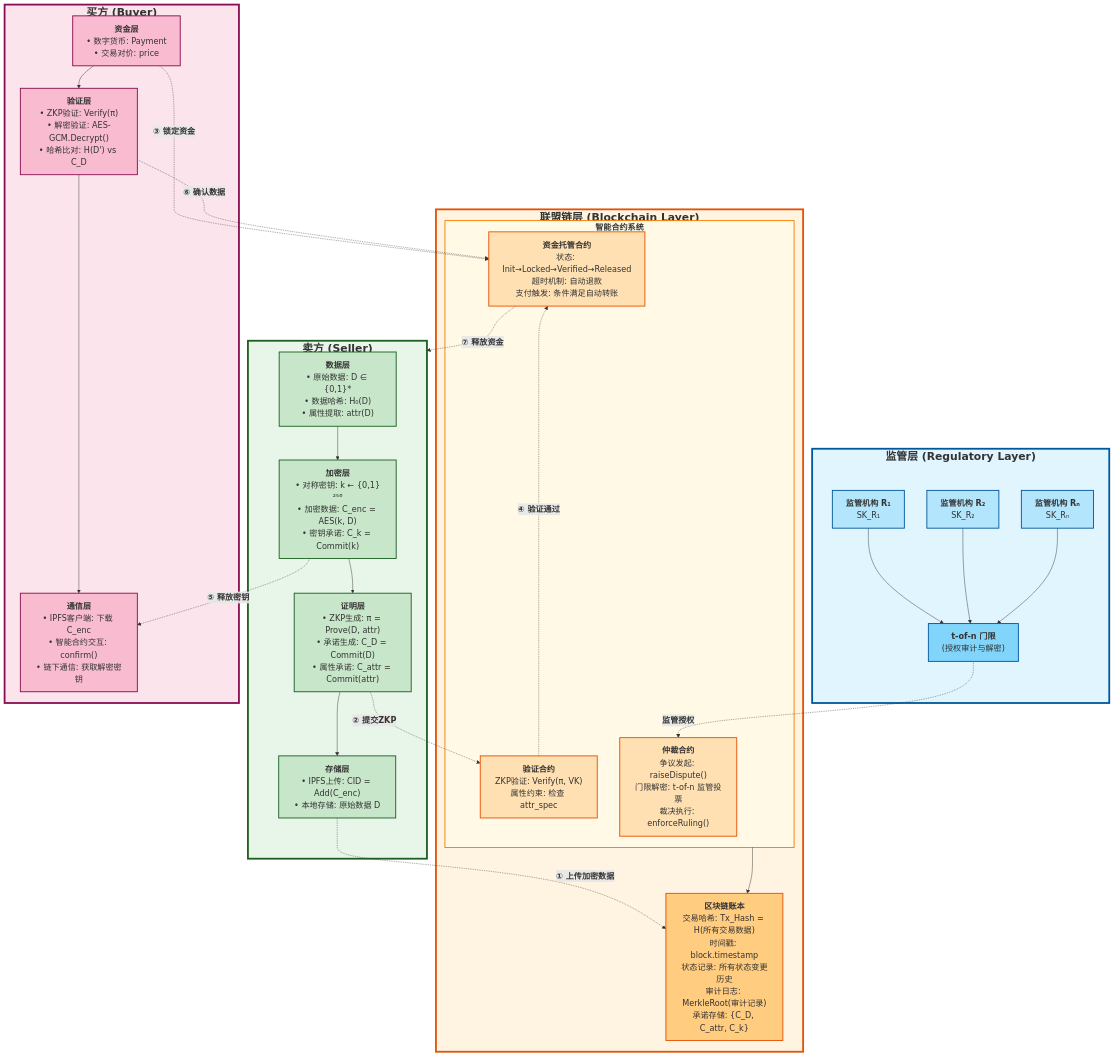
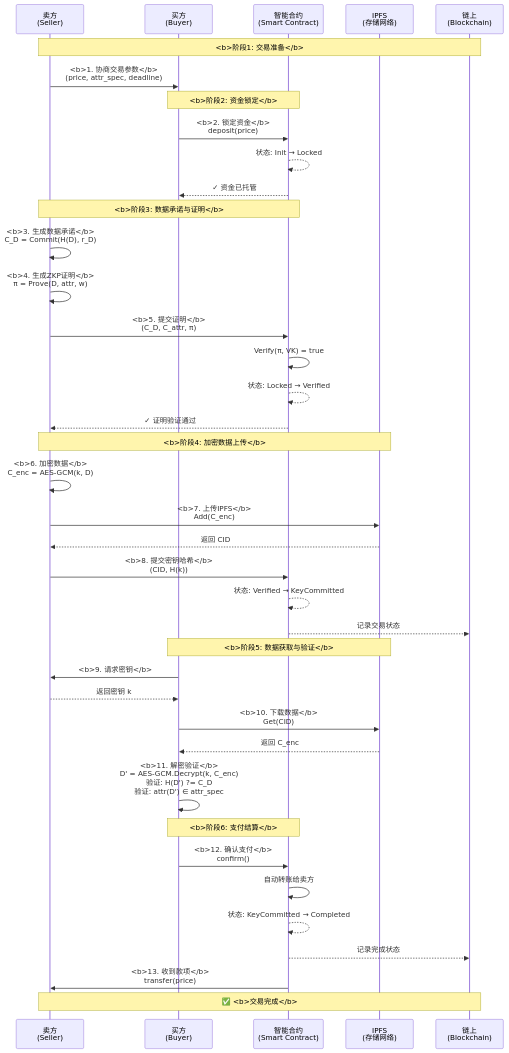
Before and after one commit to ystAlex/iodraw-files: the diagram in all/未命名-4.md, drawn with Mermaid.

Commit message:
2025-12-10 03:54:29 update

````diff
--- a/all/未命名-4.md
+++ b/all/未命名-4.md
@@ -1,79 +1,54 @@
 ```mermaid
-graph TB
-    subgraph Regulatory["<font size=5><b>监管层 (Regulatory Layer)</b></font>"]
-        R1["<font size=4><b>监管机构 R₁</b><br/>SK_R₁</font>"]
-        R2["<font size=4><b>监管机构 R₂</b><br/>SK_R₂</font>"]
-        Rn["<font size=4><b>监管机构 Rₙ</b><br/>SK_Rₙ</font>"]
-        Threshold["<font size=4><b>t-of-n 门限</b><br/>(授权审计与解密)</font>"]
-        R1 --> Threshold
-        R2 --> Threshold
-        Rn --> Threshold
-    end
+sequenceDiagram
+    participant Seller as 卖方<br/>(Seller)
+    participant Buyer as 买方<br/>(Buyer)
+    participant Contract as 智能合约<br/>(Smart Contract)
+    participant IPFS as IPFS<br/>(存储网络)
+    participant Chain as 链上<br/>(Blockchain)
 
-    subgraph Blockchain["<font size=5><b>联盟链层 (Blockchain Layer)</b></font>"]
-        subgraph Contracts["<font size=4><b>智能合约系统</b></font>"]
-            Escrow["<font size=4><b>资金托管合约</b><br/>状态: Init→Locked→Verified→Released<br/>超时机制: 自动退款<br/>支付触发: 条件满足自动转账</font>"]
-            Verification["<font size=4><b>验证合约</b><br/>ZKP验证: Verify(π, VK)<br/>属性约束: 检查 attr_spec</font>"]
-            Arbitration["<font size=4><b>仲裁合约</b><br/>争议发起: raiseDispute()<br/>门限解密: t-of-n 监管投票<br/>裁决执行: enforceRuling()</font>"]
-        end
-        
-        Ledger["<font size=4><b>区块链账本</b><br/>交易哈希: Tx_Hash = H(所有交易数据)<br/>时间戳: block.timestamp<br/>状态记录: 所有状态变更历史<br/>审计日志: MerkleRoot(审计记录)<br/>承诺存储: {C_D, C_attr, C_k}</font>"]
-        
-        Contracts --> Ledger
-    end
-
-    subgraph Seller["<font size=5><b>卖方 (Seller)</b></font>"]
-        S_Data["<font size=4><b>数据层</b><br/>• 原始数据: D ∈ {0,1}*<br/>• 数据哈希: H₀(D)<br/>• 属性提取: attr(D)</font>"]
-        S_Encrypt["<font size=4><b>加密层</b><br/>• 对称密钥: k ← {0,1}²⁵⁶<br/>• 加密数据: C_enc = AES(k, D)<br/>• 密钥承诺: C_k = Commit(k)</font>"]
-        S_Proof["<font size=4><b>证明层</b><br/>• ZKP生成: π = Prove(D, attr)<br/>• 承诺生成: C_D = Commit(D)<br/>• 属性承诺: C_attr = Commit(attr)</font>"]
-        S_Storage["<font size=4><b>存储层</b><br/>• IPFS上传: CID = Add(C_enc)<br/>• 本地存储: 原始数据 D</font>"]
-        
-        S_Data --> S_Encrypt
-        S_Encrypt --> S_Proof
-        S_Proof --> S_Storage
-    end
-
-    subgraph Buyer["<font size=5><b>买方 (Buyer)</b></font>"]
-        B_Payment["<font size=4><b>资金层</b><br/>• 数字货币: Payment<br/>• 交易对价: price</font>"]
-        B_Verify["<font size=4><b>验证层</b><br/>• ZKP验证: Verify(π)<br/>• 解密验证: AES-GCM.Decrypt()<br/>• 哈希比对: H(D') vs C_D</font>"]
-        B_Comm["<font size=4><b>通信层</b><br/>• IPFS客户端: 下载 C_enc<br/>• 智能合约交互: confirm()<br/>• 链下通信: 获取解密密钥</font>"]
-        
-        B_Payment --> B_Verify
-        B_Verify --> B_Comm
-    end
-
-    Threshold -.->|"<font size=4><b>监管授权</b></font>"| Arbitration
-    S_Storage -.->|"<font size=4><b>① 上传加密数据</b></font>"| Ledger
-    S_Proof -.->|"<font size=4><b>② 提交ZKP</b></font>"| Verification
-    B_Payment -.->|"<font size=4><b>③ 锁定资金</b></font>"| Escrow
-    Verification -.->|"<font size=4><b>④ 验证通过</b></font>"| Escrow
-    S_Encrypt -.->|"<font size=4><b>⑤ 释放密钥</b></font>"| B_Comm
-    B_Verify -.->|"<font size=4><b>⑥ 确认数据</b></font>"| Escrow
-    Escrow -.->|"<font size=4><b>⑦ 释放资金</b></font>"| Seller
-
-    style Regulatory fill:#e1f5ff,stroke:#01579b,stroke-width:4px,padding:5px
-    style Blockchain fill:#fff4e1,stroke:#e65100,stroke-width:4px,padding:5px
-    style Seller fill:#e8f5e9,stroke:#1b5e20,stroke-width:4px,padding:5px
-    style Buyer fill:#fce4ec,stroke:#880e4f,stroke-width:4px,padding:5px
-    style Contracts fill:#fff9e6,stroke:#f57c00,stroke-width:2px,padding:3px
+    Note over Seller,Chain: <b>阶段1: 交易准备</b>
+    Seller->>Buyer: <b>1. 协商交易参数</b><br/>(price, attr_spec, deadline)
     
-    style R1 fill:#b3e5fc,stroke:#01579b,stroke-width:2px,padding:8px
-    style R2 fill:#b3e5fc,stroke:#01579b,stroke-width:2px,padding:8px
-    style Rn fill:#b3e5fc,stroke:#01579b,stroke-width:2px,padding:8px
-    style Threshold fill:#81d4fa,stroke:#01579b,stroke-width:2px,padding:8px
+    Note over Buyer,Contract: <b>阶段2: 资金锁定</b>
+    Buyer->>Contract: <b>2. 锁定资金</b><br/>deposit(price)
+    Contract-->>Contract: 状态: Init → Locked
+    Contract-->>Buyer: ✓ 资金已托管
     
-    style Escrow fill:#ffe0b2,stroke:#e65100,stroke-width:2px,padding:8px
-    style Verification fill:#ffe0b2,stroke:#e65100,stroke-width:2px,padding:8px
-    style Arbitration fill:#ffe0b2,stroke:#e65100,stroke-width:2px,padding:8px
-    style Ledger fill:#ffcc80,stroke:#e65100,stroke-width:2px,padding:8px
+    Note over Seller,Contract: <b>阶段3: 数据承诺与证明</b>
+    Seller->>Seller: <b>3. 生成数据承诺</b><br/>C_D = Commit(H(D), r_D)
+    Seller->>Seller: <b>4. 生成ZKP证明</b><br/>π = Prove(D, attr, w)
     
-    style S_Data fill:#c8e6c9,stroke:#1b5e20,stroke-width:2px,padding:8px
-    style S_Encrypt fill:#c8e6c9,stroke:#1b5e20,stroke-width:2px,padding:8px
-    style S_Proof fill:#c8e6c9,stroke:#1b5e20,stroke-width:2px,padding:8px
-    style S_Storage fill:#c8e6c9,stroke:#1b5e20,stroke-width:2px,padding:8px
+    Seller->>Contract: <b>5. 提交证明</b><br/>(C_D, C_attr, π)
+    Contract->>Contract: Verify(π, VK) = true
+    Contract-->>Contract: 状态: Locked → Verified
+    Contract-->>Seller: ✓ 证明验证通过
     
-    style B_Payment fill:#f8bbd0,stroke:#880e4f,stroke-width:2px,padding:8px
-    style B_Verify fill:#f8bbd0,stroke:#880e4f,stroke-width:2px,padding:8px
-    style B_Comm fill:#f8bbd0,stroke:#880e4f,stroke-width:2px,padding:8px
+    Note over Seller,IPFS: <b>阶段4: 加密数据上传</b>
+    Seller->>Seller: <b>6. 加密数据</b><br/>C_enc = AES-GCM(k, D)
+    Seller->>IPFS: <b>7. 上传IPFS</b><br/>Add(C_enc)
+    IPFS-->>Seller: 返回 CID
+    
+    Seller->>Contract: <b>8. 提交密钥哈希</b><br/>(CID, H(k))
+    Contract-->>Contract: 状态: Verified → KeyCommitted
+    Contract-->>Chain: 记录交易状态
+    
+    Note over Buyer,IPFS: <b>阶段5: 数据获取与验证</b>
+    Buyer->>Seller: <b>9. 请求密钥</b>
+    Seller-->>Buyer: 返回密钥 k
+    
+    Buyer->>IPFS: <b>10. 下载数据</b><br/>Get(CID)
+    IPFS-->>Buyer: 返回 C_enc
+    
+    Buyer->>Buyer: <b>11. 解密验证</b><br/>D' = AES-GCM.Decrypt(k, C_enc)<br/>验证: H(D') ?= C_D<br/>验证: attr(D') ∈ attr_spec
+    
+    Note over Buyer,Contract: <b>阶段6: 支付结算</b>
+    Buyer->>Contract: <b>12. 确认支付</b><br/>confirm()
+    Contract->>Contract: 自动转账给卖方
+    Contract-->>Contract: 状态: KeyCommitted → Completed
+    Contract-->>Chain: 记录完成状态
+    
+    Contract->>Seller: <b>13. 收到款项</b><br/>transfer(price)
+    
+    Note over Seller,Chain: ✅ <b>交易完成</b>
 
 ```
````
